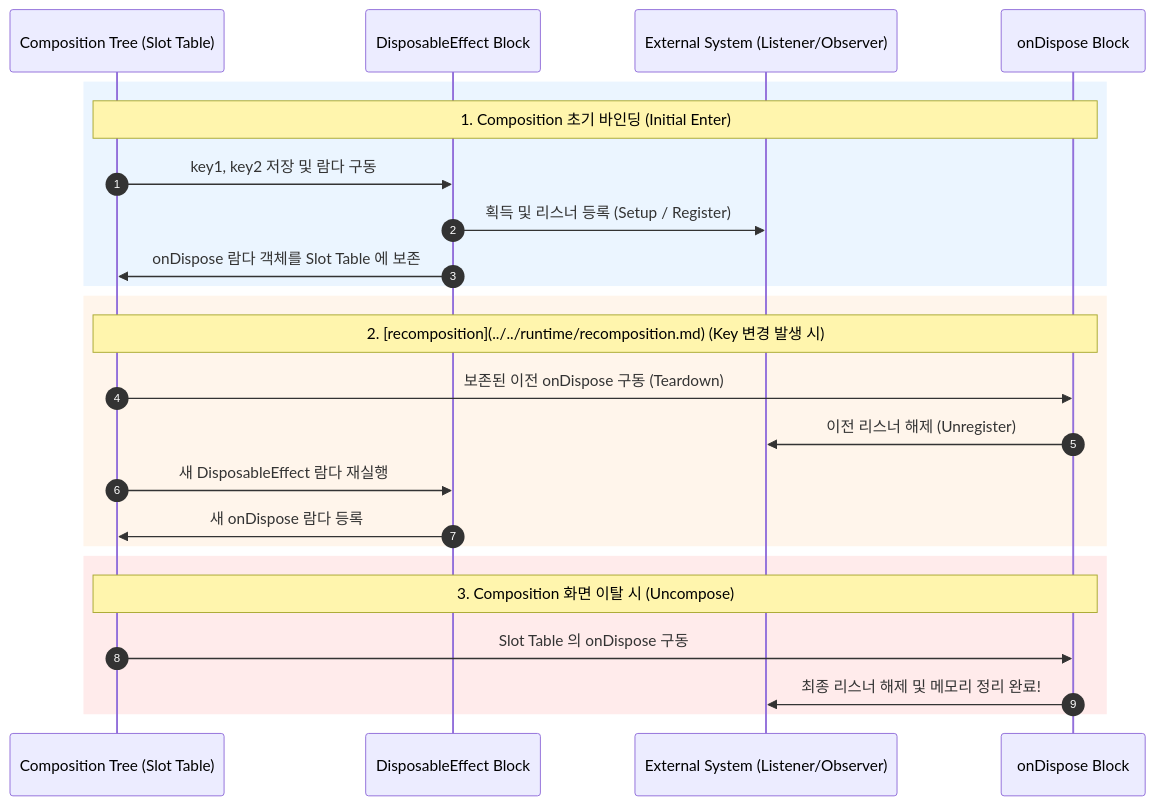
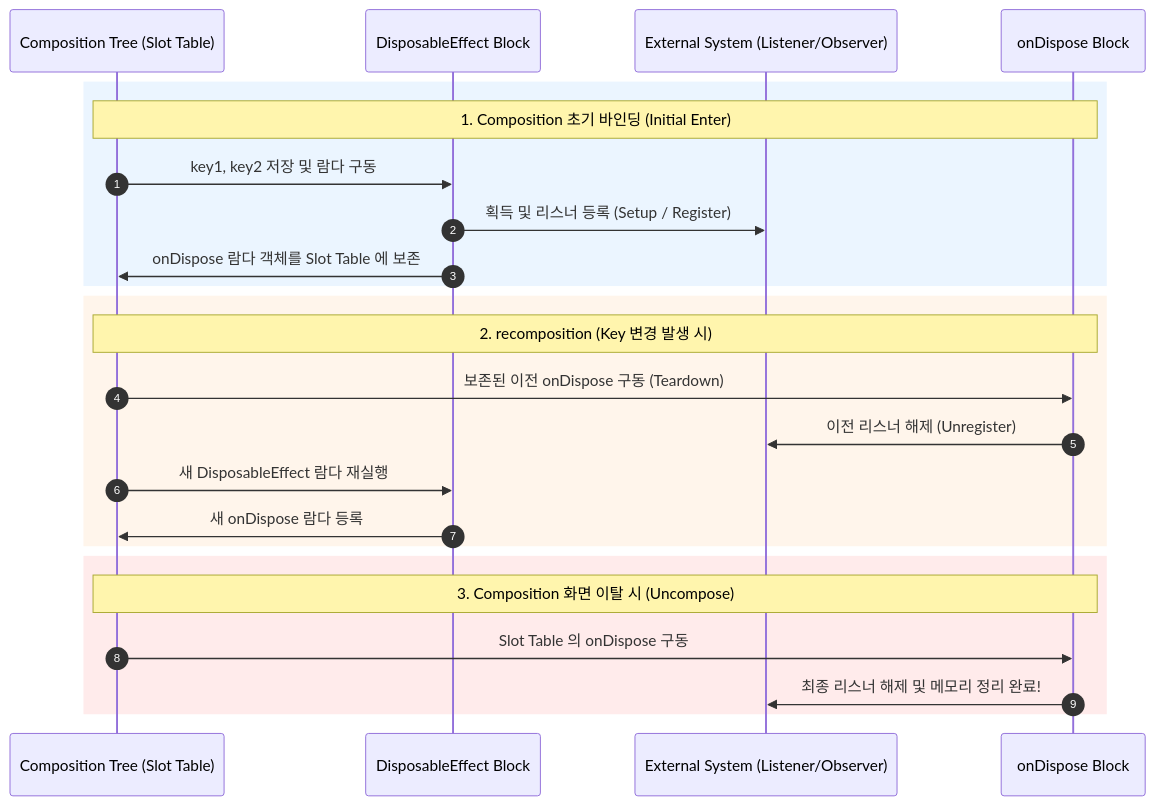
Before and after one commit to youngmin-gwon/what-i-studied: the diagram in 01_inbox/mobile/android/02_app_framework/jetpack-compose/state-and-lifecycle/compose-state-and-effect-contracts/disposable-effect-pairs-registration-and-cleanup.md, drawn with Mermaid. The commit also changed 68 other files, not shown here.

````diff
--- a/01_inbox/mobile/android/02_app_framework/jetpack-compose/state-and-lifecycle/compose-state-and-effect-contracts/disposable-effect-pairs-registration-and-cleanup.md
+++ b/01_inbox/mobile/android/02_app_framework/jetpack-compose/state-and-lifecycle/compose-state-and-effect-contracts/disposable-effect-pairs-registration-and-cleanup.md
@@ -27,29 +27,29 @@
 ```mermaid
 sequenceDiagram
     autonumber
     participant Tree as Composition Tree (Slot Table)
     participant Effect as DisposableEffect Block
     participant Listener as External System (Listener/Observer)
     participant Cleanup as onDispose Block
 
     rect rgb(235, 245, 255)
         note over Tree, Cleanup: 1. Composition 초기 바인딩 (Initial Enter)
         Tree->>Effect: key1, key2 저장 및 람다 구동
         Effect->>Listener: 획득 및 리스너 등록 (Setup / Register)
         Effect->>Tree: onDispose 람다 객체를 Slot Table 에 보존
     end
 
     rect rgb(255, 245, 235)
-        note over Tree, Cleanup: 2. [recomposition](../../runtime/recomposition.md) (Key 변경 발생 시)
+        note over Tree, Cleanup: 2. recomposition (Key 변경 발생 시)
         Tree->>Cleanup: 보존된 이전 onDispose 구동 (Teardown)
         Cleanup->>Listener: 이전 리스너 해제 (Unregister)
         Tree->>Effect: 새 DisposableEffect 람다 재실행
         Effect->>Tree: 새 onDispose 람다 등록
     end
 
     rect rgb(255, 235, 235)
         note over Tree, Cleanup: 3. Composition 화면 이탈 시 (Uncompose)
         Tree->>Cleanup: Slot Table 의 onDispose 구동
         Cleanup->>Listener: 최종 리스너 해제 및 메모리 정리 완료!
     end
 ```
````
